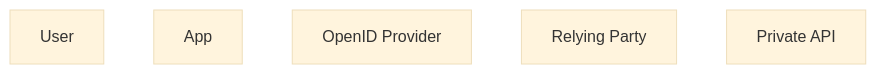
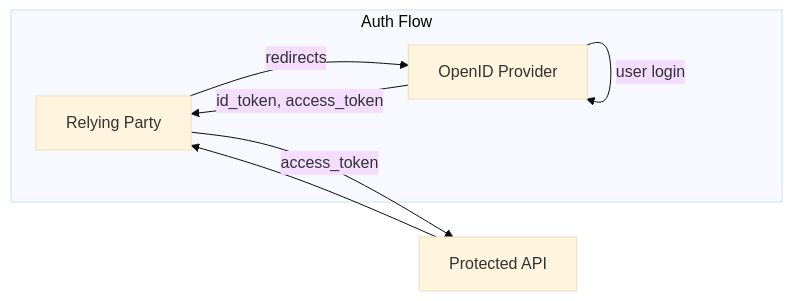
One commit to mffap/aboutauth changed the diagram in docs/learn/oidc/what-is-openid-connect.mdx. Above: the diagram before and after it, drawn with Mermaid (base theme). The commit also changed other lines of this file and 1 other file, not shown here.

Commit message:
diagrams

````diff
--- a/docs/learn/oidc/what-is-openid-connect.mdx
+++ b/docs/learn/oidc/what-is-openid-connect.mdx
@@ -64,9 +64,10 @@
 ```mermaid
-flowchart
-
-    User
-    App
-    op[OpenID Provider]
-    rp[Relying Party]
-    api[Private API]
+flowchart LR
+  subgraph Auth Flow
+    rp[Relying Party] -- redirects -->op[OpenID Provider]
+    op -- user login --> op
+    op -- id_token, access_token --> rp
+    end
+    rp -- access_token --> api[Protected API]
+    api --> rp
 ```
````
